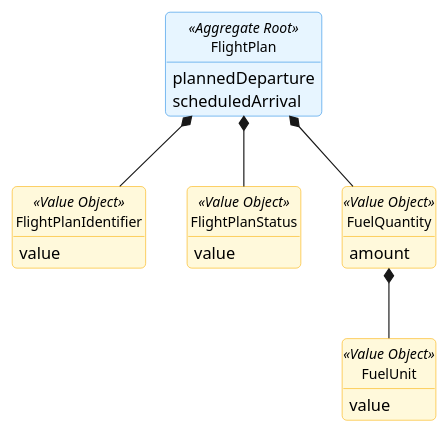
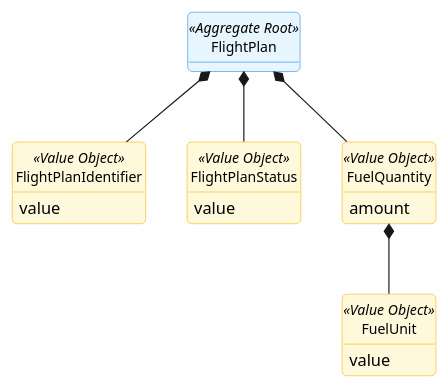
One commit to GustavoFerreira24/flight-management-platform changed the diagram in docs/global-artifacts/02.analysis/puml/Aggregates/FlightPlanAggregate.puml. Above: the diagram before and after it, drawn with PlantUML. The commit also changed 15 other files, not shown here.

Commit message:
US80(CODE): Expand `Create a Flight Plan` documentation. Add detailed analysis, requirements, design, and test plans. Update class and sequence diagrams in SVG under `docs/us_80`. [#204][#206]

```diff
--- a/docs/global-artifacts/02.analysis/puml/Aggregates/FlightPlanAggregate.puml
+++ b/docs/global-artifacts/02.analysis/puml/Aggregates/FlightPlanAggregate.puml
@@ -1,52 +1,50 @@
 @startuml
 skinparam {
     BackgroundColor white
     RoundCorner 8
     Shadowing false
     Handwritten false
     ClassAttributeIconSize 0
 
     ClassBackgroundColor white
     ClassBorderColor #495057
     ClassFontSize 12
 
     ClassBackgroundColor<<Aggregate Root>> #E7F5FF
     ClassBorderColor<<Aggregate Root>> #228BE6
 
     ClassBackgroundColor<<Value Object>> #FFF9DB
     ClassBorderColor<<Value Object>> #FAB005
 
     ClassBackgroundColor<<Entity>> #F3F0FF
     ClassBorderColor<<Entity>> #7950F2
 }
 hide circle
 hide methods
 
  class FlightPlan <<Aggregate Root>> {
-        plannedDeparture
-        scheduledArrival
     }
 
     class FlightPlanIdentifier <<Value Object>> {
         value
     }
 
     class FlightPlanStatus <<Value Object>> {
         value
     }
 
     class FuelQuantity <<Value Object>> {
         amount
     }
 
     class FuelUnit <<Value Object>> {
         value
     }
 
 
     FlightPlan *-- FuelQuantity
     FlightPlan *-- FlightPlanIdentifier
     FlightPlan *-- FlightPlanStatus
     FuelQuantity *-- FuelUnit
 
 @enduml
```
